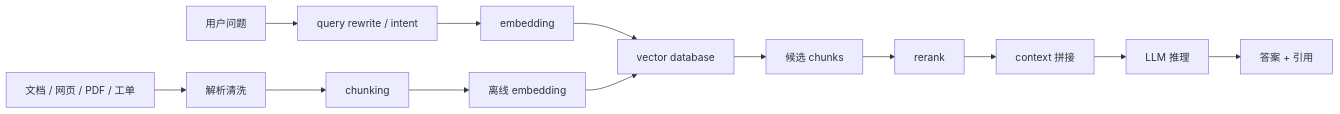
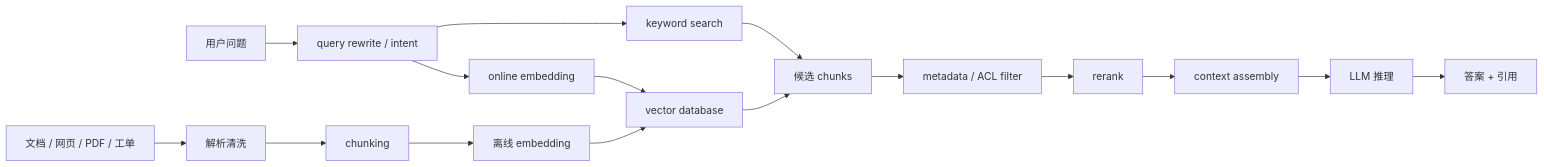
Before and after one commit to ikingye/ai-factory-engineering: the diagram in docs/part-01-applications/chapter-02-rag.md, drawn with Mermaid. The commit also changed other lines of this file and 3 other files, not shown here.

````diff
--- a/docs/part-01-applications/chapter-02-rag.md
+++ b/docs/part-01-applications/chapter-02-rag.md
@@ -23,12 +39,15 @@
 ```mermaid
 flowchart LR
   U["用户问题"] --> Q["query rewrite / intent"]
-  Q --> E["embedding"]
+  Q --> E["online embedding"]
   E --> VDB["vector database"]
+  Q --> KW["keyword search"]
   VDB --> C["候选 chunks"]
-  C --> R["rerank"]
-  R --> P["context 拼接"]
+  KW --> C
+  C --> F["metadata / ACL filter"]
+  F --> R["rerank"]
+  R --> P["context assembly"]
   P --> LLM["LLM 推理"]
   LLM --> A["答案 + 引用"]
   Docs["文档 / 网页 / PDF / 工单"] --> Parse["解析清洗"] --> Chunk["chunking"] --> Embed["离线 embedding"] --> VDB
 ```
````
